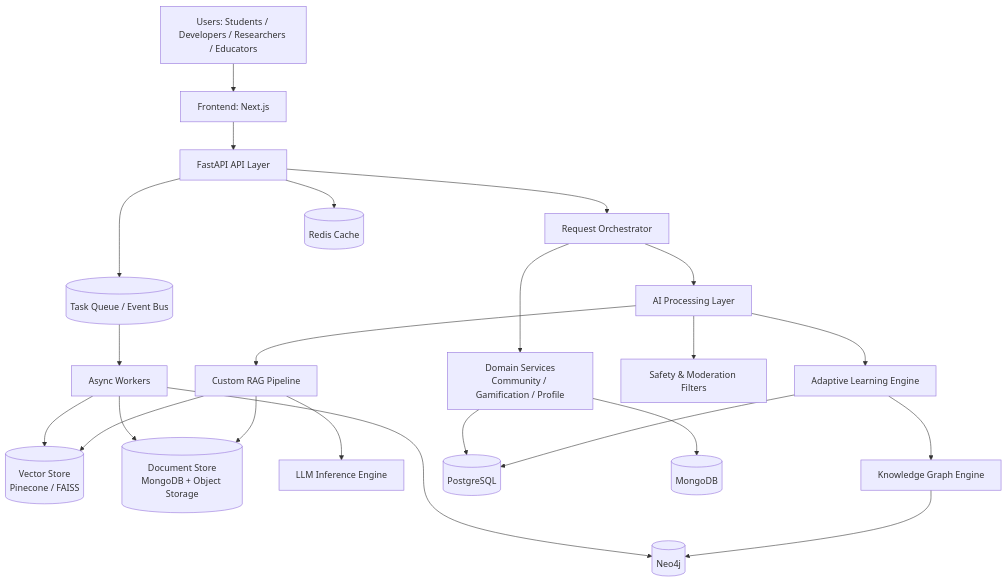
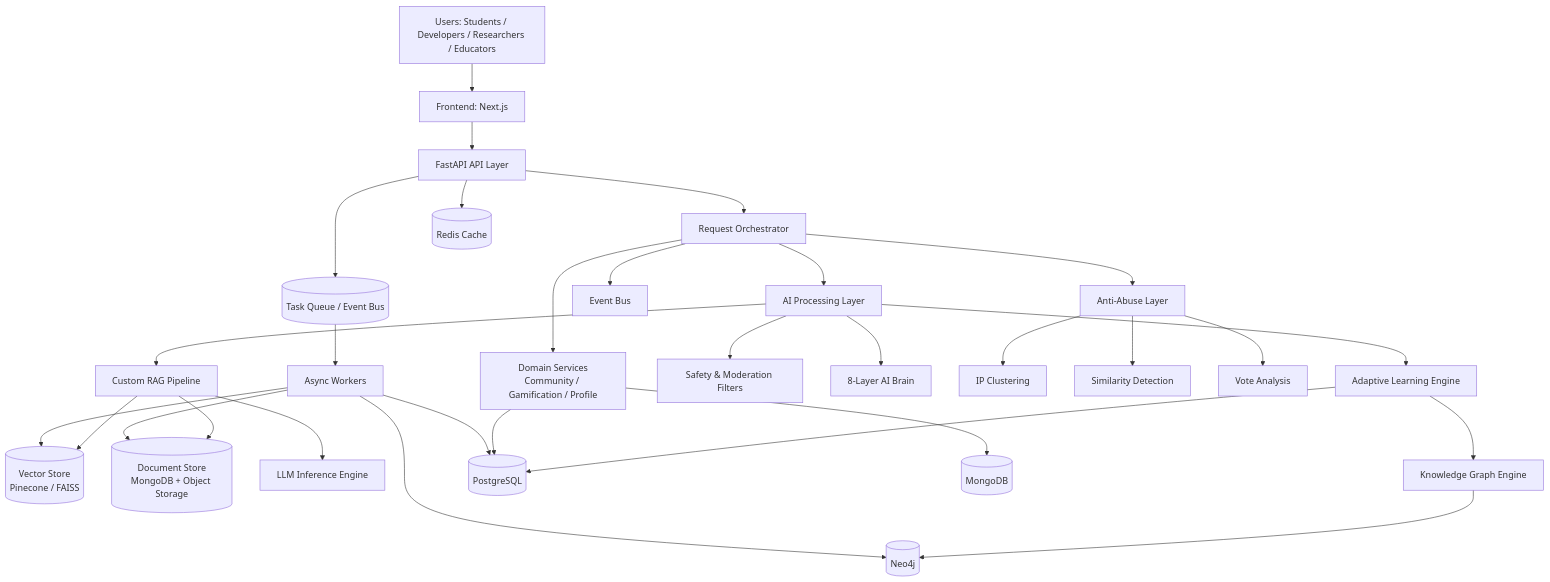
Before and after one commit to riju-talk/ai-entropy: the first of 6 diagrams in design.md, drawn with Mermaid. The commit also changed other lines of this file and 37 other files, not shown here.

````diff
--- a/design.md
+++ b/design.md
@@ -54,31 +75,39 @@
 ```mermaid
 flowchart TB
   U[Users: Students / Developers / Researchers / Educators] --> FE[Frontend: Next.js]
   FE --> API[FastAPI API Layer]
 
   API --> ORCH[Request Orchestrator]
   ORCH --> AI[AI Processing Layer]
   ORCH --> APP[Domain Services\nCommunity / Gamification / Profile]
+  ORCH --> ABUSE[Anti-Abuse Layer]
+  ORCH --> EVENTS[Event Bus]
 
   AI --> RAG[Custom RAG Pipeline]
   AI --> LEARN[Adaptive Learning Engine]
   AI --> SAFETY[Safety & Moderation Filters]
+  AI --> BRAIN[8-Layer AI Brain]
 
   RAG --> VDB[(Vector Store\nPinecone / FAISS)]
   RAG --> DOC[(Document Store\nMongoDB + Object Storage)]
   RAG --> LLM[LLM Inference Engine]
 
   LEARN --> KG[Knowledge Graph Engine]
   KG --> NEO[(Neo4j)]
   LEARN --> SQL[(PostgreSQL)]
 
   APP --> SQL
   APP --> MONGO[(MongoDB)]
 
+  ABUSE --> IP[IP Clustering]
+  ABUSE --> SIM[Similarity Detection]
+  ABUSE --> VOTE[Vote Analysis]
+
   API --> CACHE[(Redis Cache)]
   API --> MQ[(Task Queue / Event Bus)]
   MQ --> WORKERS[Async Workers]
   WORKERS --> DOC
+  WORKERS --> NEO
   WORKERS --> VDB
-  WORKERS --> NEO
+  WORKERS --> SQL
 ```
````
